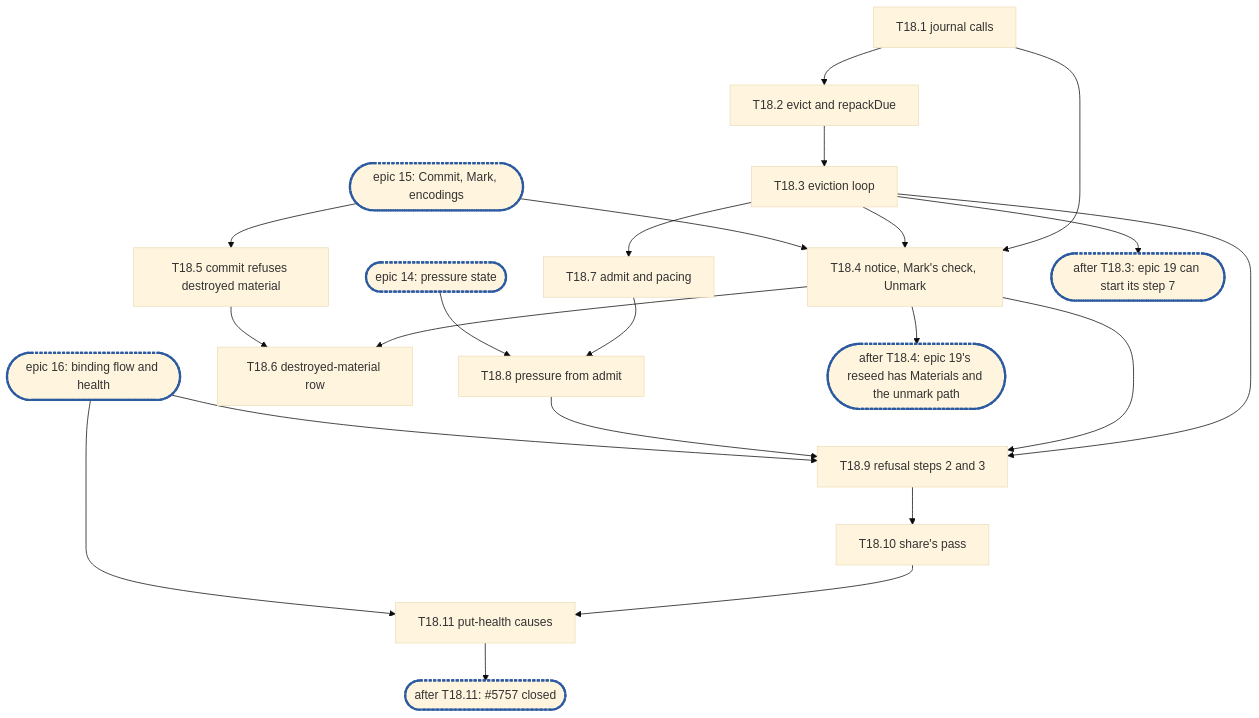
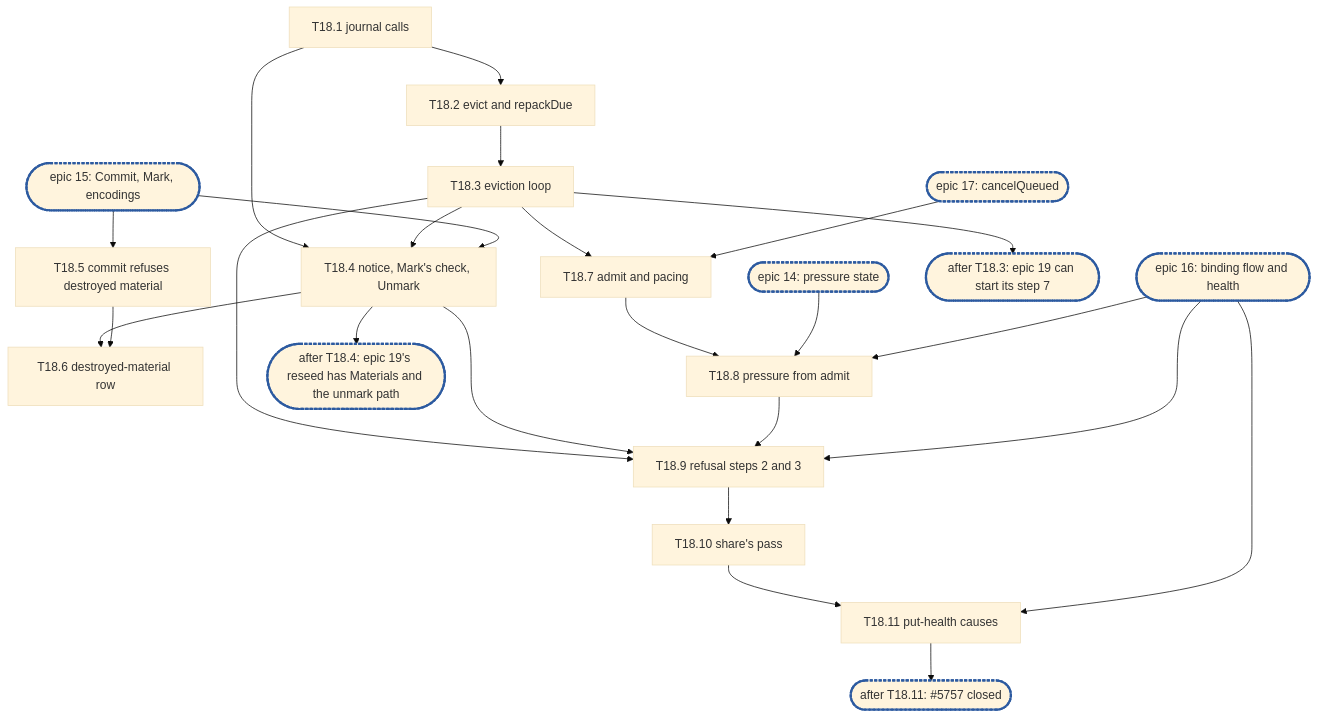
Before and after one commit to cubbit/dittofs: the diagram in .planning/rfc-8-offload-engine-epic18.md, drawn with Mermaid (base theme). The commit also changed other lines of this file, not shown here.

Commit message:
docs(planning): epic 18 calls epic 17's cancelQueued and goes through epic 16's retune (wip)

````diff
--- a/.planning/rfc-8-offload-engine-epic18.md
+++ b/.planning/rfc-8-offload-engine-epic18.md
@@ -721,19 +741,22 @@
 ```mermaid
 flowchart TD
   EPIC15(["epic 15: Commit, Mark, encodings"]):::sync
   EPIC14(["epic 14: pressure state"]):::sync
   EPIC16(["epic 16: binding flow and health"]):::sync
   T18_1["T18.1 journal calls"] --> T18_2["T18.2 evict and repackDue"] --> T18_3["T18.3 eviction loop"]
   T18_1 & T18_3 --> T18_4["T18.4 notice, Mark's check, Unmark"]
   EPIC15 --> T18_4
   EPIC15 --> T18_5["T18.5 commit refuses destroyed material"]
   T18_4 & T18_5 --> T18_6["T18.6 destroyed-material row"]
+  EPIC17(["epic 17: cancelQueued"]):::sync
   T18_3 --> T18_7["T18.7 admit and pacing"] --> T18_8["T18.8 pressure from admit"]
+  EPIC17 --> T18_7
   EPIC14 --> T18_8
+  EPIC16 --> T18_8
   T18_3 & T18_4 & T18_8 --> T18_9["T18.9 refusal steps 2 and 3"] --> T18_10["T18.10 share's pass"] --> T18_11["T18.11 put-health causes"]
   EPIC16 --> T18_9 & T18_11
   T18_3 --> C1(["after T18.3: epic 19 can start its step 7"]):::sync
   T18_4 --> C2(["after T18.4: epic 19's reseed has Materials and the unmark path"]):::sync
   T18_11 --> C3(["after T18.11: #5757 closed"]):::sync
   classDef sync stroke:#2c5aa0,stroke-width:3px,stroke-dasharray:4 2
 ```
````
